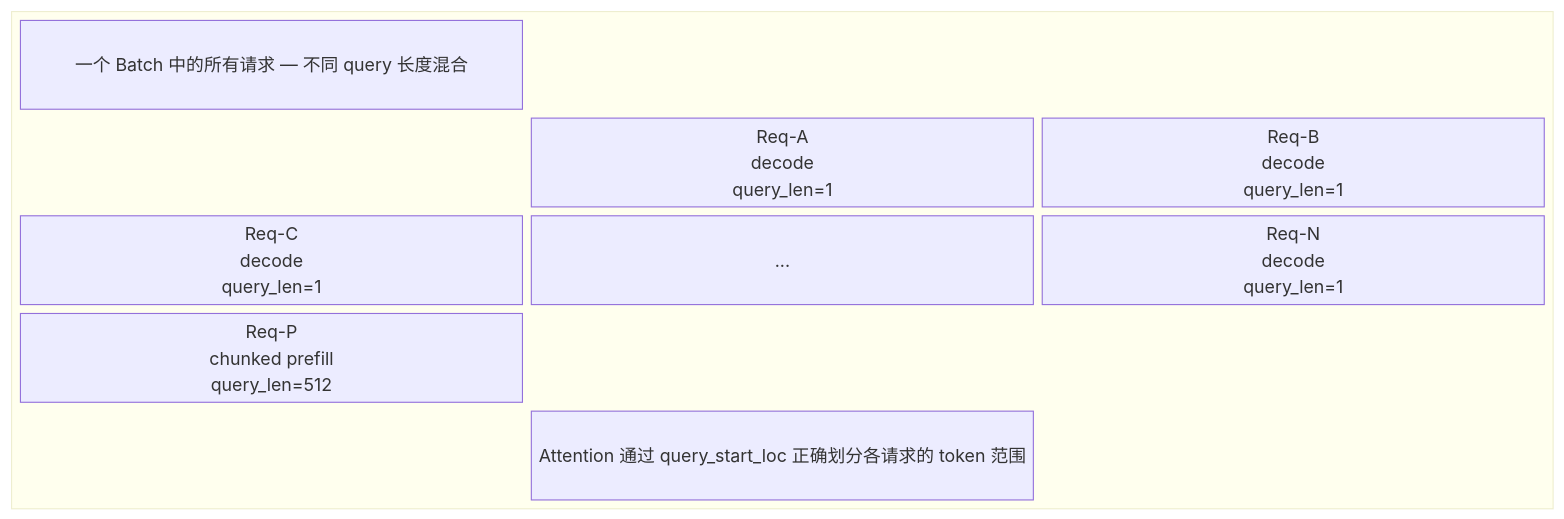
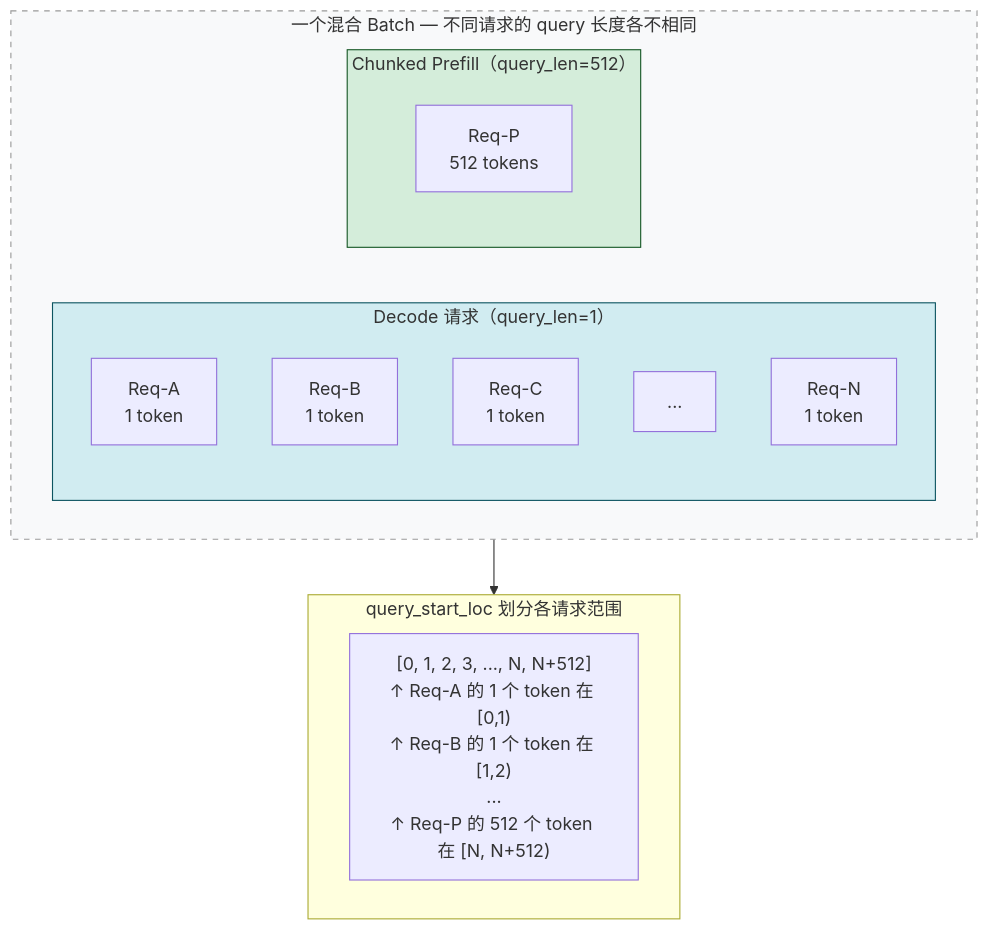
Diagram 12 of 15 in vllm-learning-path/03-调度与KV缓存/08-调度与批量执行图解.md (keyuanweb/ai-learning-path), drawn with Mermaid before and after one commit. The commit also changed other lines of this file, not shown here.

First line of the commit message:
fix: 替换不兼容的 block-beta 图为 flowchart 写法

````diff
--- a/vllm-learning-path/03-调度与KV缓存/08-调度与批量执行图解.md
+++ b/vllm-learning-path/03-调度与KV缓存/08-调度与批量执行图解.md
@@ -378,18 +376,26 @@
 ```mermaid
-block-beta
-    columns 3
+flowchart TB
+    subgraph batch["一个混合 Batch — 不同请求的 query 长度各不相同"]
+        direction LR
+        subgraph decode_reqs["Decode 请求（query_len=1）"]
+            d1["Req-A<br/>1 token"]
+            d2["Req-B<br/>1 token"]
+            d3["Req-C<br/>1 token"]
+            d4["..."]
+            d5["Req-N<br/>1 token"]
+        end
+        subgraph prefill_req["Chunked Prefill（query_len=512）"]
+            p1["Req-P<br/>512 tokens"]
+        end
+    end
 
-    block:batch_shape:3
-        columns 3
-        header["一个 Batch 中的所有请求 — 不同 query 长度混合"]
-        space:3
-        rd1["Req-A<br/>decode<br/>query_len=1"] 
-        rd2["Req-B<br/>decode<br/>query_len=1"] 
-        rd3["Req-C<br/>decode<br/>query_len=1"]
-        rd4["..."]
-        rd5["Req-N<br/>decode<br/>query_len=1"]
-        rd6["Req-P<br/>chunked prefill<br/>query_len=512"]
-        space:3
-        footer["Attention 通过 query_start_loc 正确划分各请求的 token 范围"]
+    batch --> qsl
+
+    subgraph qsl["query_start_loc 划分各请求范围"]
+        loc["[0, 1, 2, 3, ..., N, N+512]<br/>↑ Req-A 的 1 个 token 在 [0,1)<br/>↑ Req-B 的 1 个 token 在 [1,2)<br/>...<br/>↑ Req-P 的 512 个 token 在 [N, N+512)"]
     end
+
+    style decode_reqs fill:#d1ecf1,stroke:#0c5460
+    style prefill_req fill:#d4edda,stroke:#155724
+    style batch fill:#f8f9fa,stroke:#999,stroke-dasharray: 5 5
 ```
````
